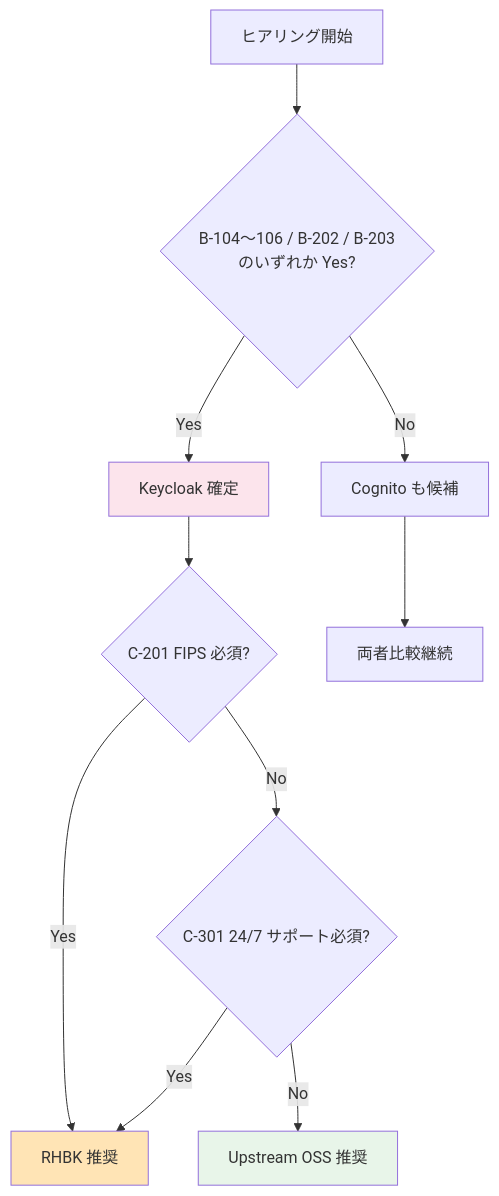
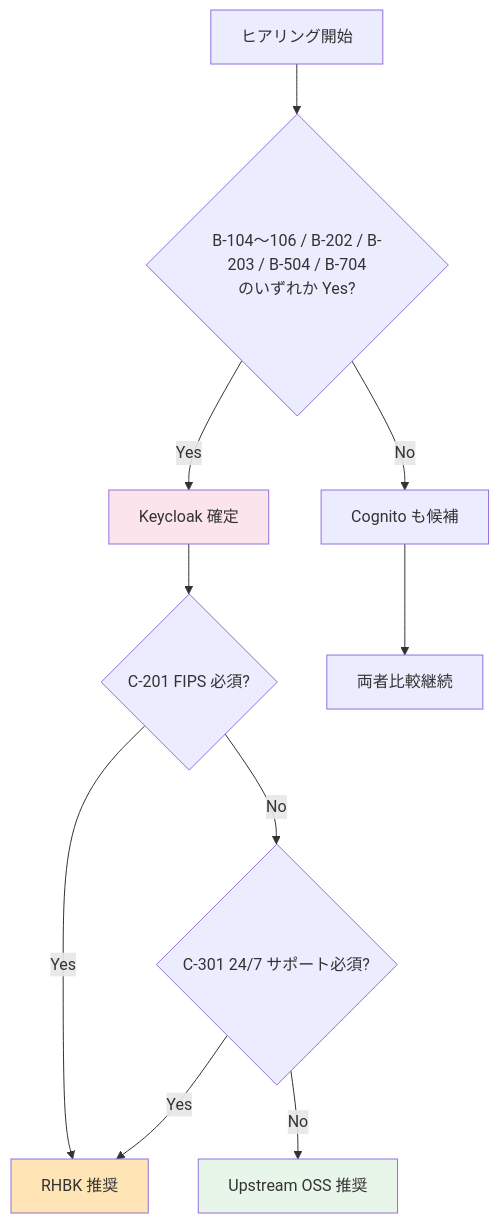
The first of 2 diagrams in doc/requirements/hearing-checklist.md (suepie/aws-atuh-poc), drawn with Mermaid before and after one commit. The commit also changed other lines of this file and 16 other files, not shown here.

````diff
--- a/doc/requirements/hearing-checklist.md
+++ b/doc/requirements/hearing-checklist.md
@@ -197,26 +230,26 @@
 ```mermaid
 flowchart TB
     Start[ヒアリング開始]
-    Q1{B-104〜106 / B-202 / B-203<br/>のいずれか Yes?}
+    Q1{B-104〜106 / B-202 / B-203 / B-504 / B-704<br/>のいずれか Yes?}
     Q2{C-201 FIPS 必須?}
     Q3{C-301 24/7 サポート必須?}
     KC[Keycloak 確定]
     Cog[Cognito も候補]
     RHBK[RHBK 推奨]
     OSS[Upstream OSS 推奨]
     Both[両者比較継続]
 
     Start --> Q1
     Q1 -->|Yes| KC
     Q1 -->|No| Cog
     KC --> Q2
     Cog --> Both
     Q2 -->|Yes| RHBK
     Q2 -->|No| Q3
     Q3 -->|Yes| RHBK
     Q3 -->|No| OSS
 
     style KC fill:#fce4ec
     style RHBK fill:#ffe4b5
     style OSS fill:#e8f5e9
 ```
````
